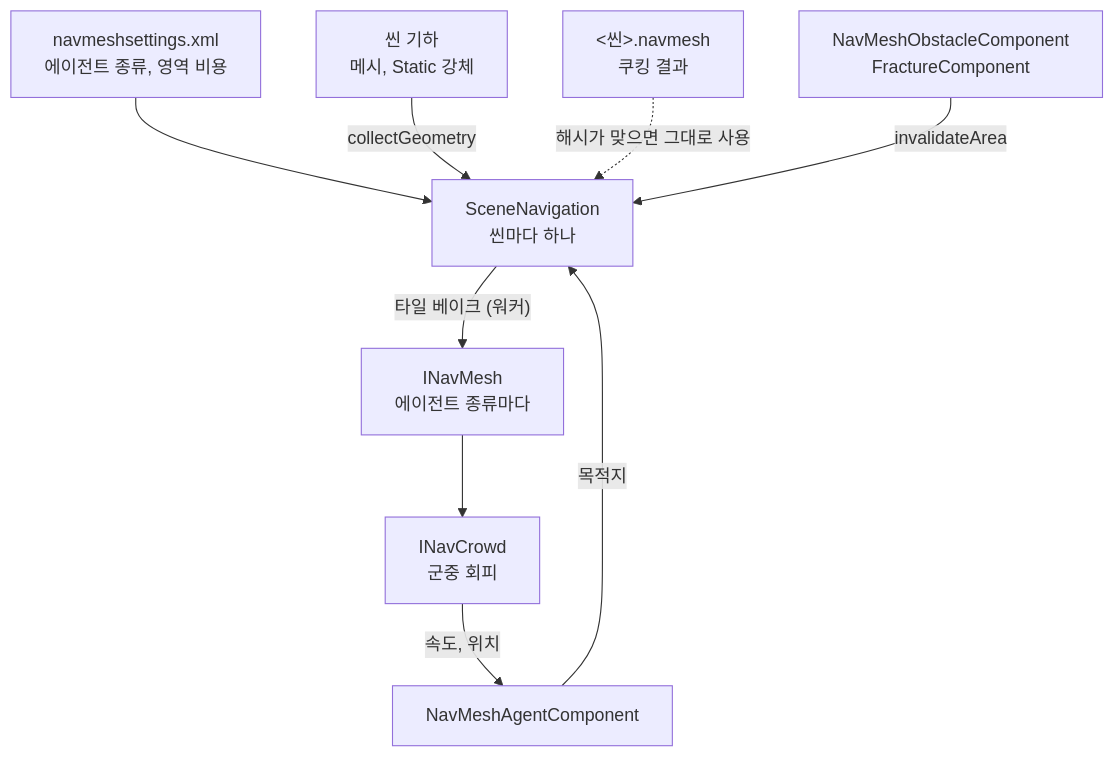
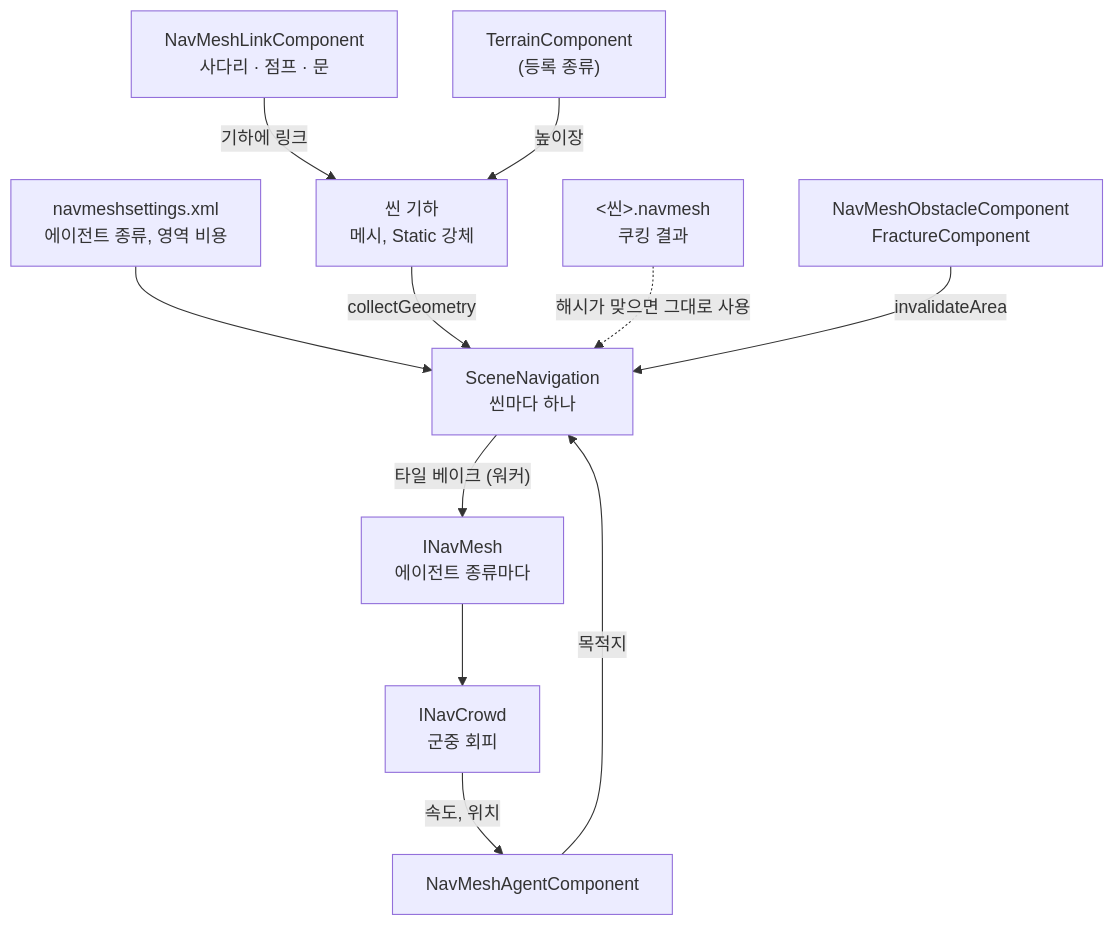
Before and after one commit to sswgame/LearningTemplate: the diagram in Source/Engine/Navigation/README.md, drawn with Mermaid. The commit also changed other lines of this file and 15 other files, not shown here.

````diff
--- a/Source/Engine/Navigation/README.md
+++ b/Source/Engine/Navigation/README.md
@@ -20,11 +20,13 @@
 ```mermaid
 flowchart TD
   Settings["navmeshsettings.xml<br/>에이전트 종류, 영역 비용"] --> SceneNav
   Geo["씬 기하<br/>메시, Static 강체"] -- "collectGeometry" --> SceneNav["SceneNavigation<br/>씬마다 하나"]
   Cooked["&lt;씬&gt;.navmesh<br/>쿠킹 결과"] -. "해시가 맞으면 그대로 사용" .-> SceneNav
   SceneNav -- "타일 베이크 (워커)" --> NavMesh["INavMesh<br/>에이전트 종류마다"]
   NavMesh --> Crowd["INavCrowd<br/>군중 회피"]
   Agent["NavMeshAgentComponent"] -- "목적지" --> SceneNav
   Crowd -- "속도, 위치" --> Agent
   Obstacle["NavMeshObstacleComponent<br/>FractureComponent"] -- "invalidateArea" --> SceneNav
+  Link["NavMeshLinkComponent<br/>사다리 · 점프 · 문"] -- "기하에 링크" --> Geo
+  Terrain["TerrainComponent<br/>(등록 종류)"] -- "높이장" --> Geo
 ```
````
